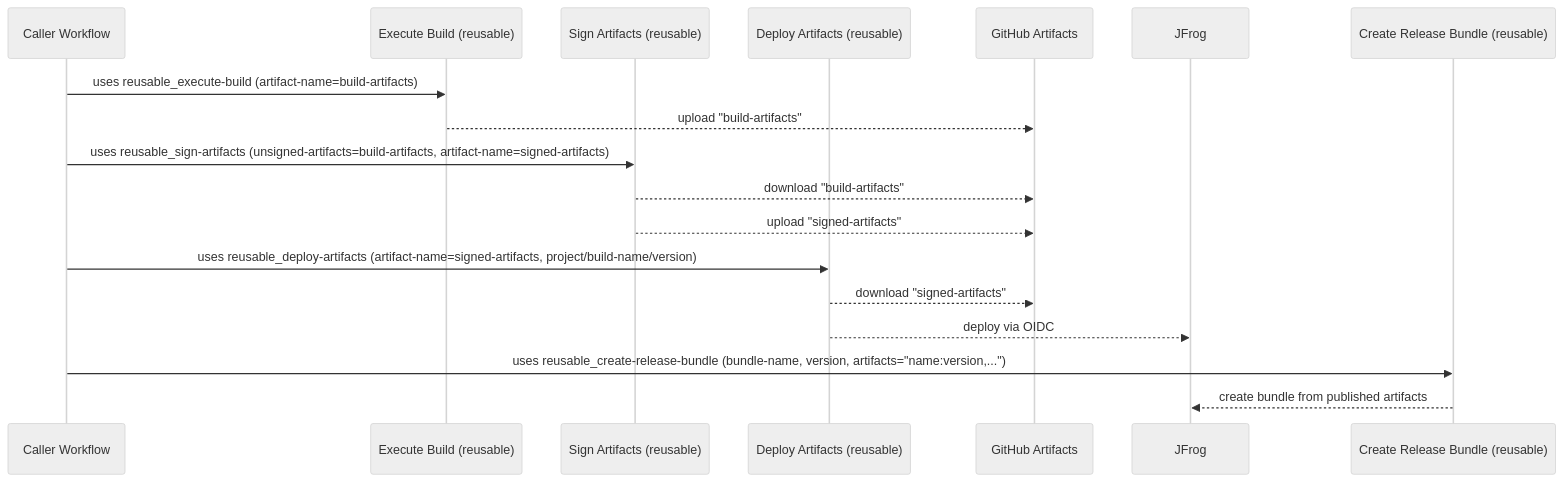
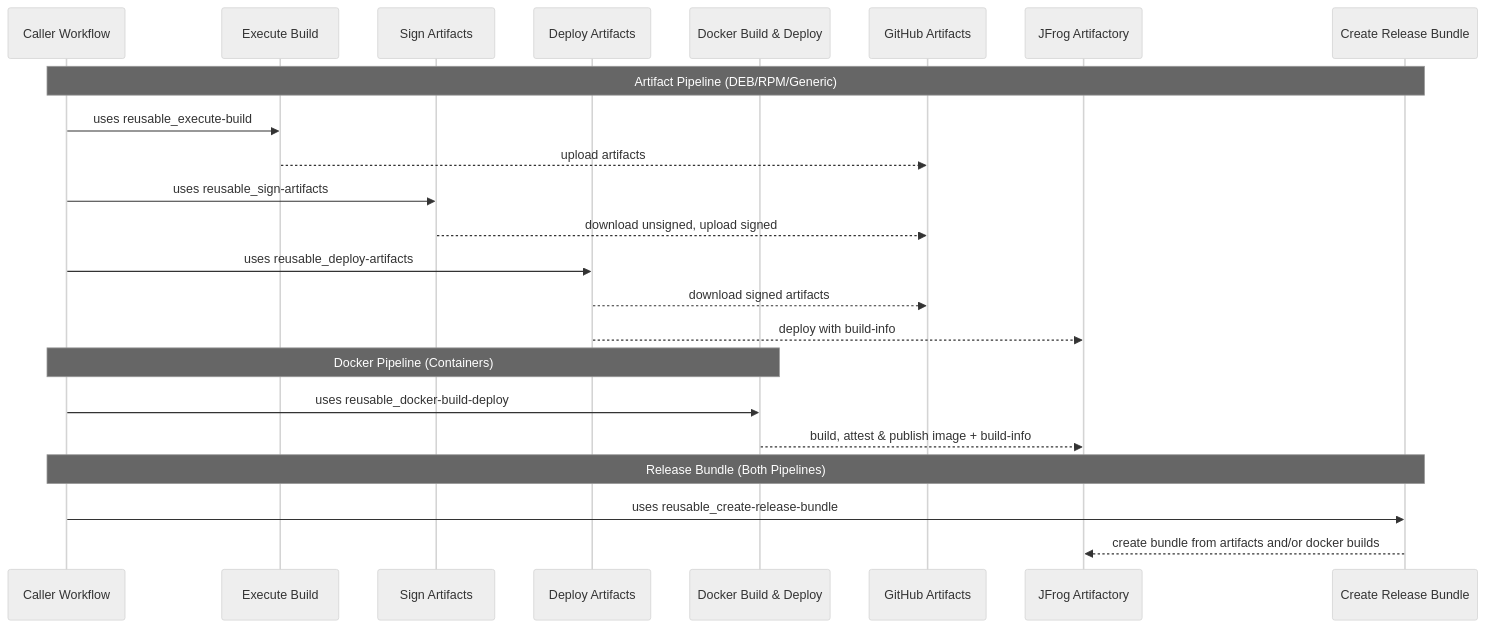
Before and after one commit to aerospike/shared-workflows: the diagram in .github/workflows/docs/CICD-with-shared-actions.md, drawn with Mermaid (neutral theme). The commit also changed other lines of this file and 17 other files, not shown here.

````diff
--- a/.github/workflows/docs/CICD-with-shared-actions.md
+++ b/.github/workflows/docs/CICD-with-shared-actions.md
@@ -18,21 +27,28 @@
 ```mermaid
 sequenceDiagram
   participant WF as Caller Workflow
-  participant SW1 as Execute Build (reusable)
-  participant SW2 as Sign Artifacts (reusable)
-  participant SW3 as Deploy Artifacts (reusable)
+  participant SW1 as Execute Build
+  participant SW2 as Sign Artifacts
+  participant SW3 as Deploy Artifacts
+  participant SW5 as Docker Build & Deploy
   participant GA as GitHub Artifacts
-  participant JF as JFrog
-  participant SW4 as Create Release Bundle (reusable)
+  participant JF as JFrog Artifactory
+  participant SW4 as Create Release Bundle
 
-  WF->>SW1: uses reusable_execute-build (artifact-name=build-artifacts)
-  SW1-->>GA: upload "build-artifacts"
-  WF->>SW2: uses reusable_sign-artifacts (unsigned-artifacts=build-artifacts, artifact-name=signed-artifacts)
-  SW2-->>GA: download "build-artifacts"
-  SW2-->>GA: upload "signed-artifacts"
-  WF->>SW3: uses reusable_deploy-artifacts (artifact-name=signed-artifacts, project/build-name/version)
-  SW3-->>GA: download "signed-artifacts"
-  SW3-->>JF: deploy via OIDC
-  WF->>SW4: uses reusable_create-release-bundle (bundle-name, version, artifacts="name:version,...")
-  SW4-->>JF: create bundle from published artifacts
+  Note over WF,SW4: Artifact Pipeline (DEB/RPM/Generic)
+  WF->>SW1: uses reusable_execute-build
+  SW1-->>GA: upload artifacts
+  WF->>SW2: uses reusable_sign-artifacts
+  SW2-->>GA: download unsigned, upload signed
+  WF->>SW3: uses reusable_deploy-artifacts
+  SW3-->>GA: download signed artifacts
+  SW3-->>JF: deploy with build-info
+
+  Note over WF,SW5: Docker Pipeline (Containers)
+  WF->>SW5: uses reusable_docker-build-deploy
+  SW5-->>JF: build, attest & publish image + build-info
+
+  Note over WF,SW4: Release Bundle (Both Pipelines)
+  WF->>SW4: uses reusable_create-release-bundle
+  SW4-->>JF: create bundle from artifacts and/or docker builds
 ```
````
